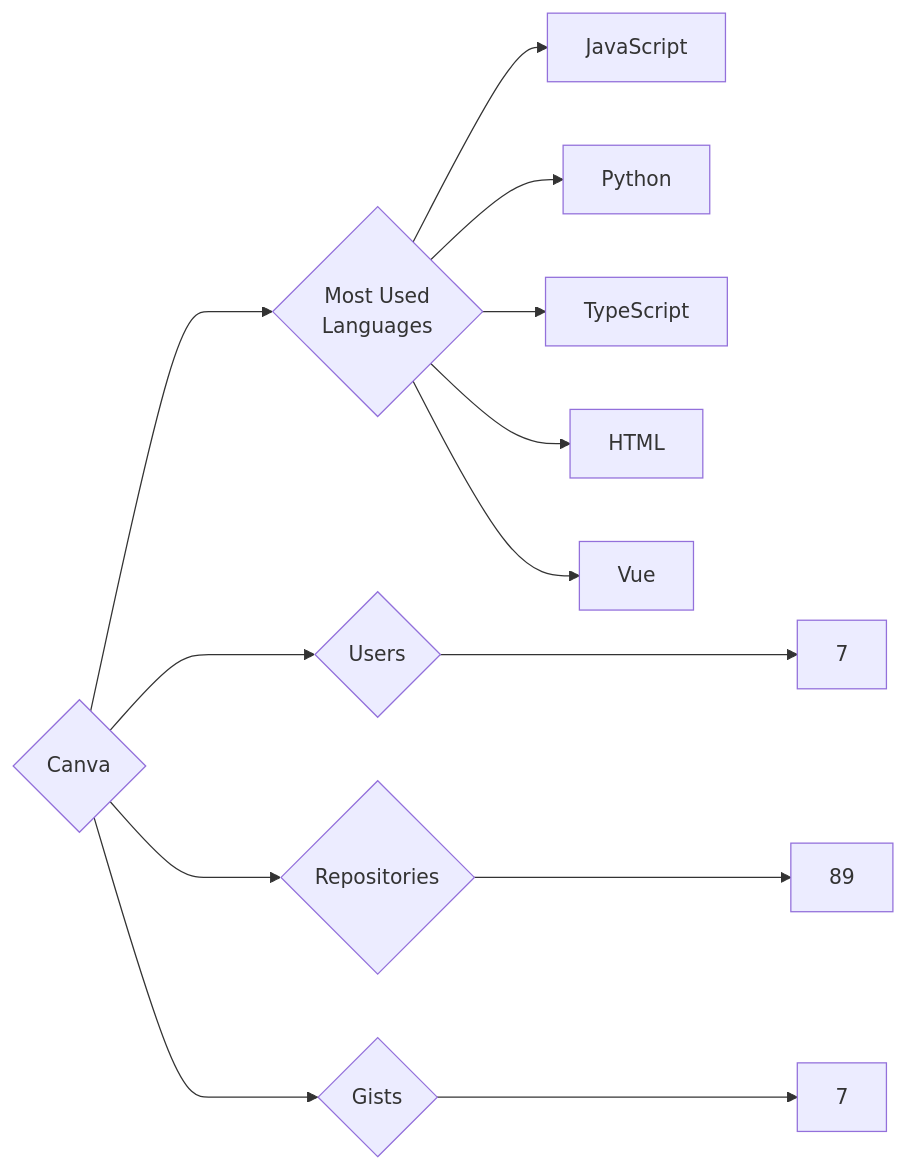
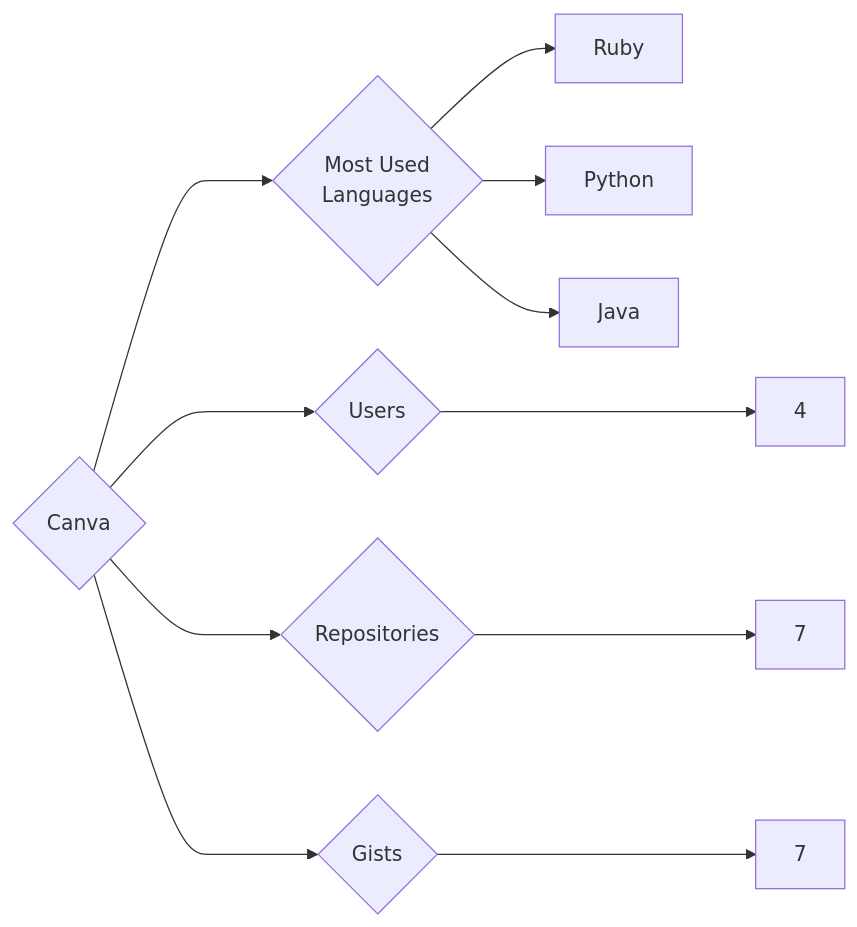
The diagram in targets/Canva/README.md (trickest/insiders), drawn with Mermaid before and after one commit. The commit also changed 1175 other files, not shown here.

````diff
--- a/targets/Canva/README.md
+++ b/targets/Canva/README.md
@@ -3,13 +3,11 @@
 ```mermaid
 graph LR
 COMPANY_NAME{Canva}
-COMPANY_NAME ---> U{Users} ---> UN[7]
-COMPANY_NAME ---> R{Repositories} ---> RN[89]
+COMPANY_NAME ---> U{Users} ---> UN[4]
+COMPANY_NAME ---> R{Repositories} ---> RN[7]
 COMPANY_NAME ---> G{Gists} ---> GN[7]
 COMPANY_NAME ---> ML{Most Used<br>Languages}
-ML --> JavaScript[JavaScript]
+ML --> Ruby[Ruby]
 ML --> Python[Python]
-ML --> TypeScript[TypeScript]
-ML --> HTML[HTML]
-ML --> Vue[Vue]
+ML --> Java[Java]
 ```
````
